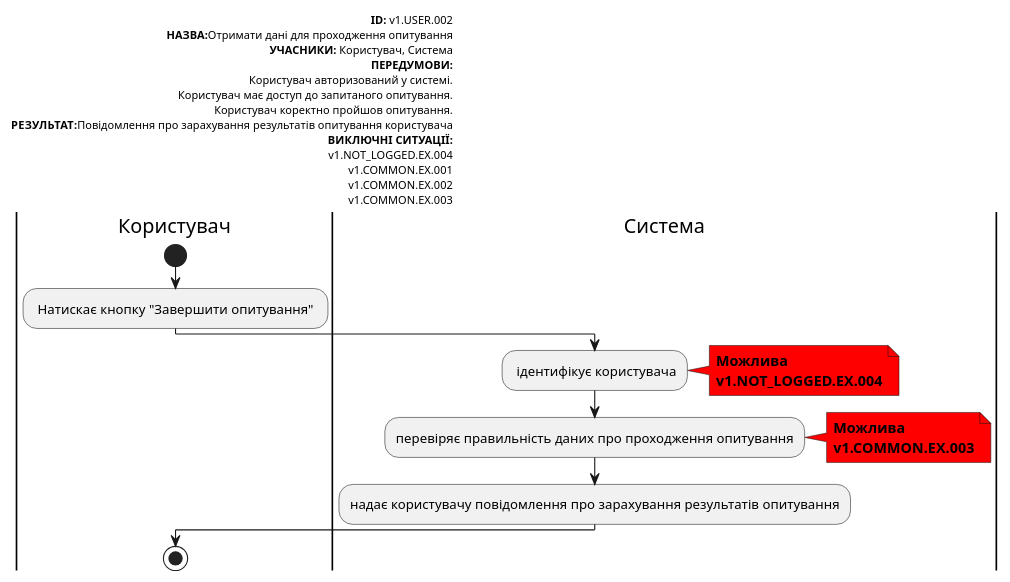
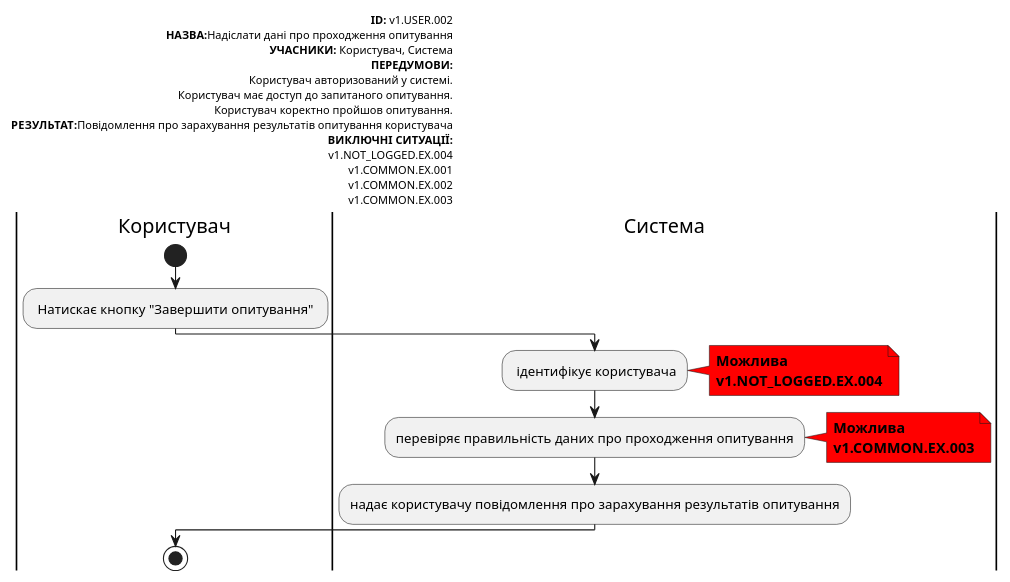
The eighth of 22 diagrams in docs/use cases/README.md (danilbezus/survey-expert), drawn with PlantUML before and after one commit. The commit also changed other lines of this file, not shown here.

Commit message:
Add general diagrams

```diff
--- a/docs/use cases/README.md
+++ b/docs/use cases/README.md
@@ -164,43 +257,43 @@
   @startuml
 
         left header
              <font color=000 size=10><b>ID:</b> v1.USER.002
-             <font color=000 size=10><b>НАЗВА:</b>Отримати дані для проходження опитування
+             <font color=000 size=10><b>НАЗВА:</b>Надіслати дані про проходження опитування
              <font color=000 size=10><b>УЧАСНИКИ:</b> Користувач, Система
              <font color=000 size=10><b>ПЕРЕДУМОВИ:</b>
              <font color=000 size=10>Користувач авторизований у системі.
              <font color=000 size=10>Користувач має доступ до запитаного опитування.
              <font color=000 size=10>Користувач коректно пройшов опитування.
              <font color=000 size=10><b>РЕЗУЛЬТАТ:</b>Повідомлення про зарахування результатів опитування користувача
              <font color=000 size=10><b>ВИКЛЮЧНІ СИТУАЦІЇ:</b>
              <font color=000 size=10>v1.NOT_LOGGED.EX.004
              <font color=000 size=10>v1.COMMON.EX.001
              <font color=000 size=10>v1.COMMON.EX.002
              <font color=000 size=10>v1.COMMON.EX.003
          end header
 
          |Користувач|
              start
              : Натискає кнопку "Завершити опитування" ;
 
          |Система|
              : ідентифікує користувача;
 
              note right #ff0000
              <b>Можлива</b>
              <b>v1.NOT_LOGGED.EX.004</b>
              end note
 
              :перевіряє правильність даних про проходження опитування;
 
              note right #ff0000
              <b>Можлива</b>
              <b>v1.COMMON.EX.003</b>
              end note
 
              :надає користувачу повідомлення про зарахування результатів опитування;
 
          |Користувач|
              stop;
 
   @enduml
```
